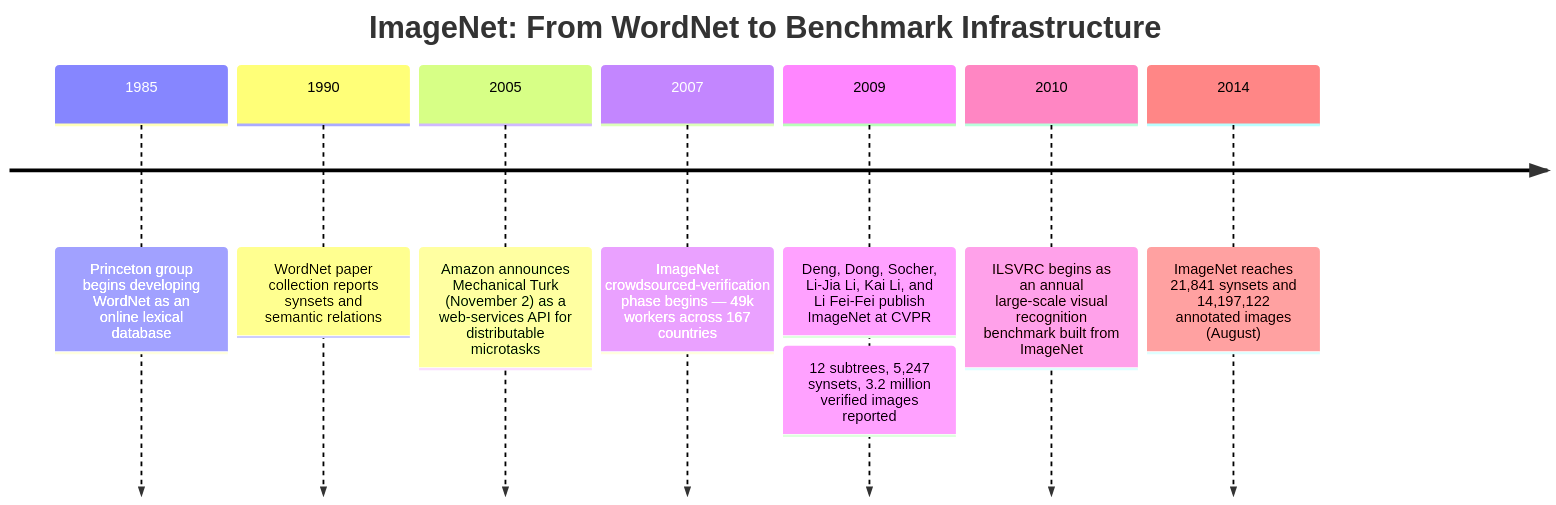
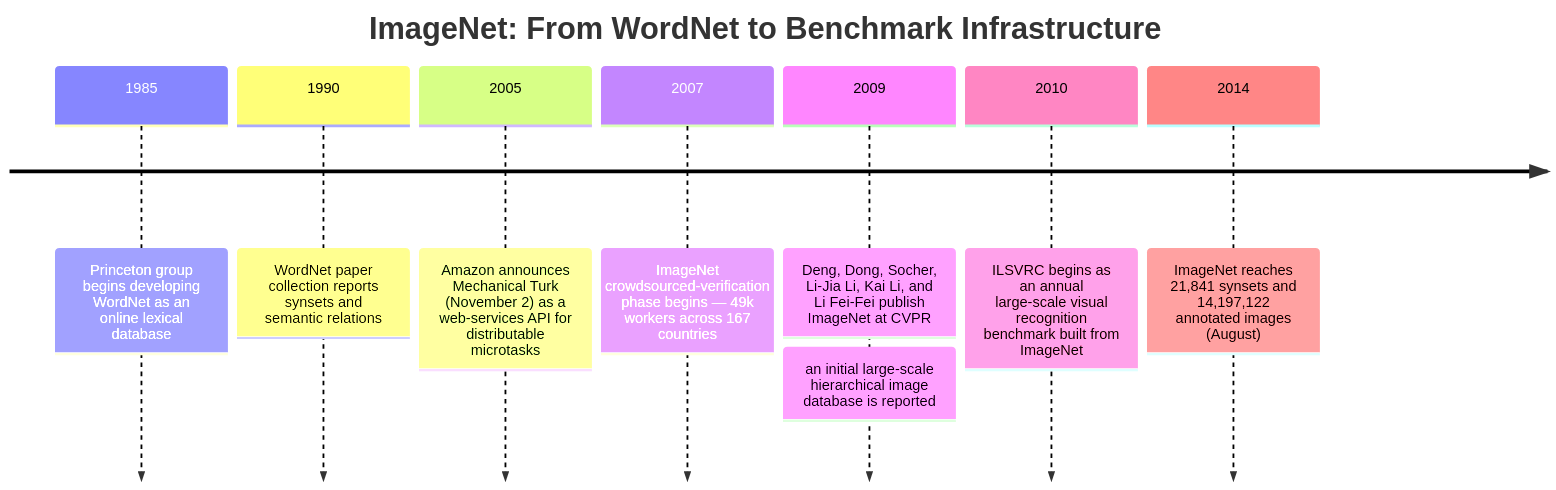
One commit to krisztiankoos/kubedojo changed the diagram in src/content/docs/ai-history/ch-40-data-becomes-infrastructure.md. Above: the diagram before and after it, drawn with Mermaid. The commit also changed other lines of this file and 2 other files, not shown here.

````diff
--- a/src/content/docs/ai-history/ch-40-data-becomes-infrastructure.md
+++ b/src/content/docs/ai-history/ch-40-data-becomes-infrastructure.md
@@ -29,11 +29,11 @@
 ```mermaid
 timeline
     title ImageNet: From WordNet to Benchmark Infrastructure
     1985 : Princeton group begins developing WordNet as an online lexical database
     1990 : WordNet paper collection reports synsets and semantic relations
     2005 : Amazon announces Mechanical Turk (November 2) as a web-services API for distributable microtasks
     2007 : ImageNet crowdsourced-verification phase begins — 49k workers across 167 countries
-    2009 : Deng, Dong, Socher, Li-Jia Li, Kai Li, and Li Fei-Fei publish ImageNet at CVPR : 12 subtrees, 5,247 synsets, 3.2 million verified images reported
+    2009 : Deng, Dong, Socher, Li-Jia Li, Kai Li, and Li Fei-Fei publish ImageNet at CVPR : an initial large-scale hierarchical image database is reported
     2010 : ILSVRC begins as an annual large-scale visual recognition benchmark built from ImageNet
     2014 : ImageNet reaches 21,841 synsets and 14,197,122 annotated images (August)
 ```
````
